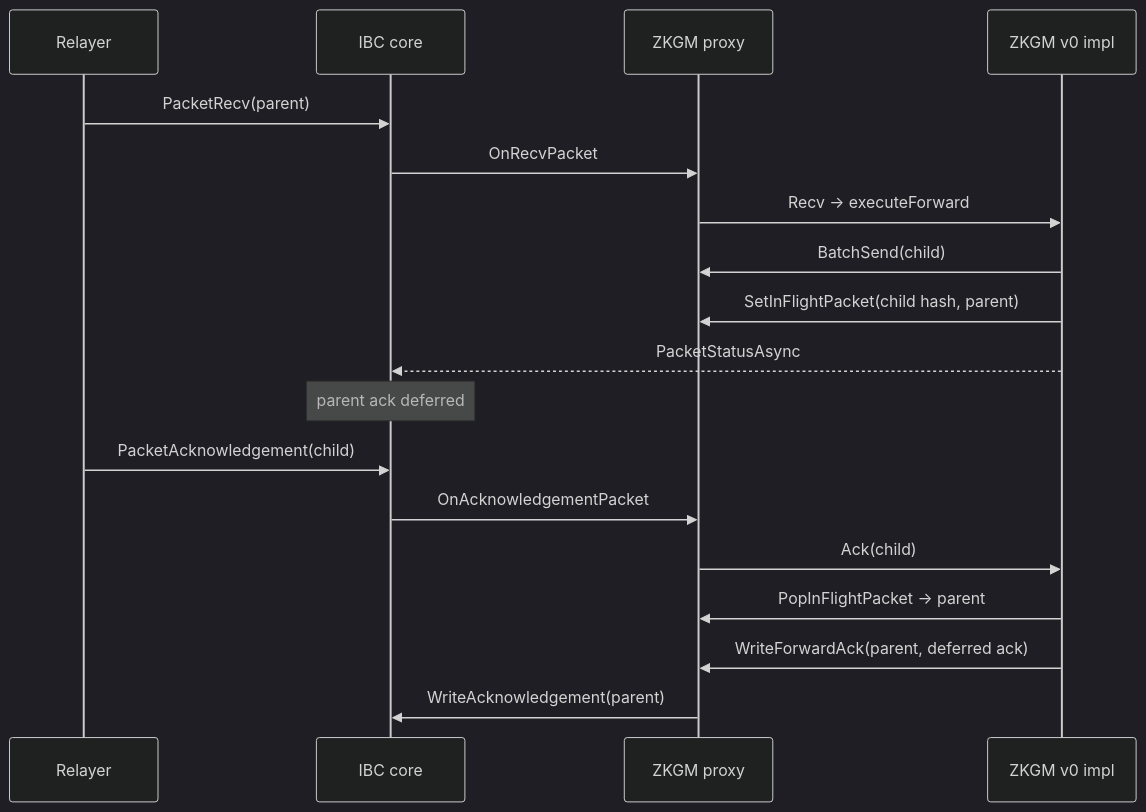
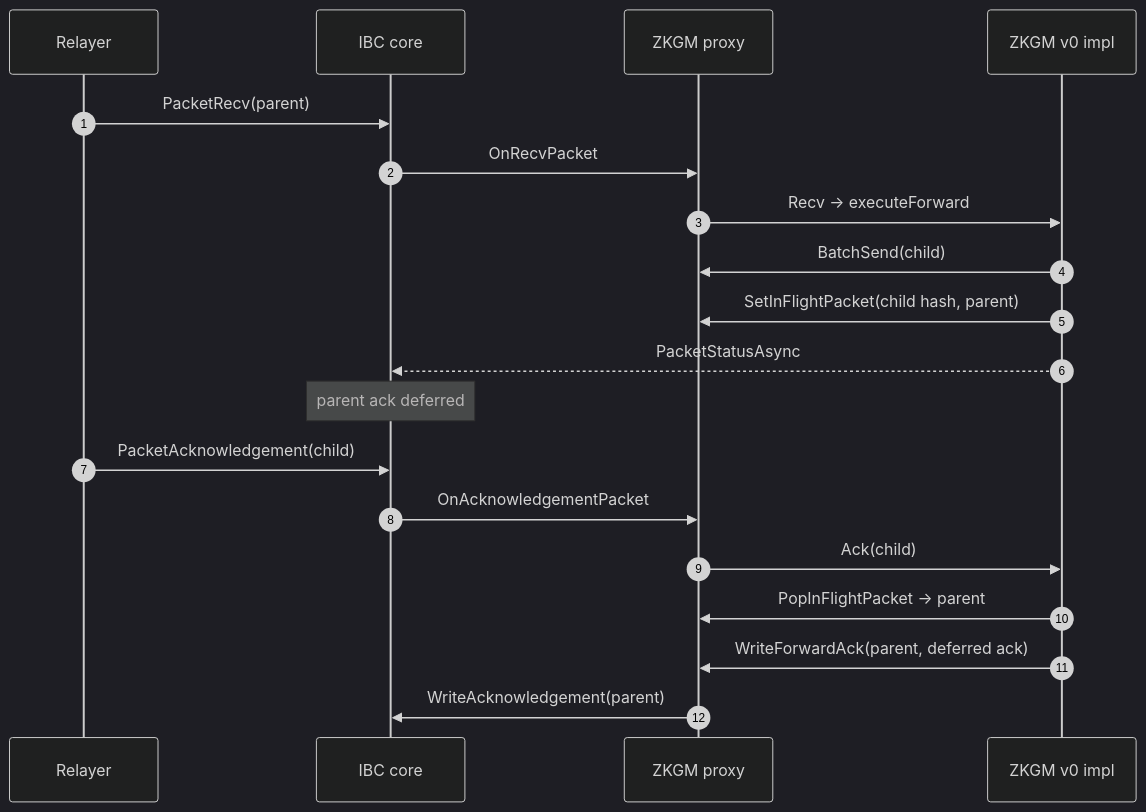
Before and after one commit to onbloc/gno-ibc: the diagram in docs/specs/zkgm-v1/batch-and-forward.md, drawn with Mermaid (dark theme). The commit also changed 5 other files, not shown here.

Commit message:
docs: refactor spec mermaid diagrams for better visualization

````diff
--- a/docs/specs/zkgm-v1/batch-and-forward.md
+++ b/docs/specs/zkgm-v1/batch-and-forward.md
@@ -127,21 +127,22 @@
 ```mermaid
 sequenceDiagram
+  autonumber
   participant Rel as Relayer
   participant Core as IBC core
   participant Proxy as ZKGM proxy
   participant Impl as ZKGM v0 impl
 
   Rel->>Core: PacketRecv(parent)
   Core->>Proxy: OnRecvPacket
   Proxy->>Impl: Recv -> executeForward
   Impl->>Proxy: BatchSend(child)
   Impl->>Proxy: SetInFlightPacket(child hash, parent)
   Impl-->>Core: PacketStatusAsync
   Note over Core: parent ack deferred
   Rel->>Core: PacketAcknowledgement(child)
   Core->>Proxy: OnAcknowledgementPacket
   Proxy->>Impl: Ack(child)
   Impl->>Proxy: PopInFlightPacket -> parent
   Impl->>Proxy: WriteForwardAck(parent, deferred ack)
   Proxy->>Core: WriteAcknowledgement(parent)
 ```
````
